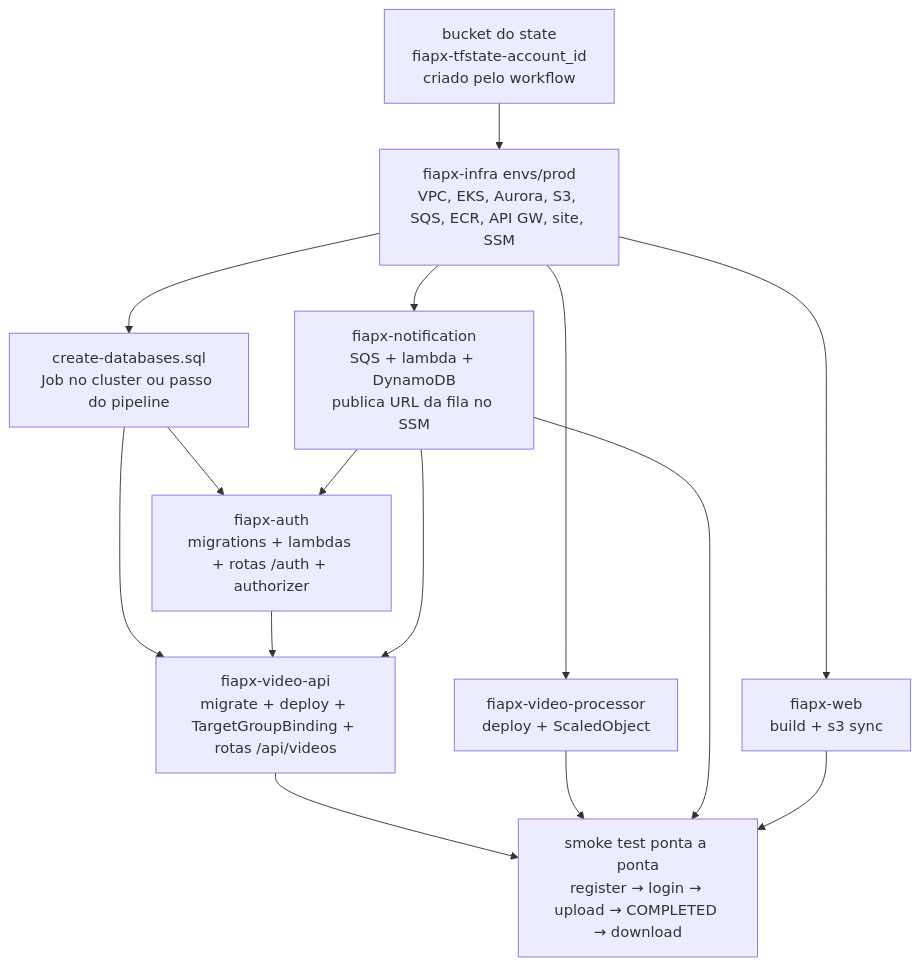
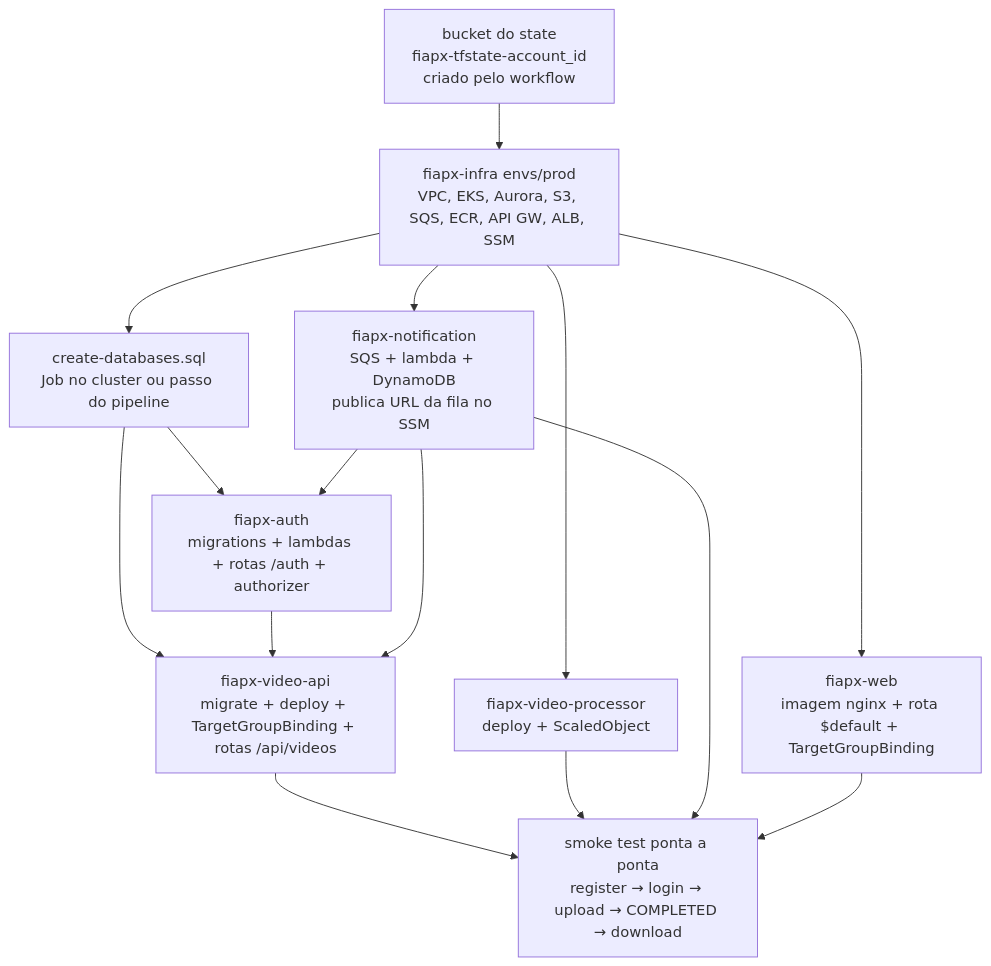
Before and after one commit to hackathon-fiap-soat/fiapx-docs: the fifth of 5 diagrams in 00-especificacao/Projeto-hackton.md, drawn with Mermaid. The commit also changed other lines of this file and 35 other files, not shown here.

First line of the commit message:
docs: ADR-019 revisado após o primeiro apply (Aurora db.t3.medium e site no EKS) (#15)

````diff
--- a/00-especificacao/Projeto-hackton.md
+++ b/00-especificacao/Projeto-hackton.md
@@ -951,17 +961,17 @@
 ```mermaid
 flowchart TD
-  B[bucket do state<br/>fiapx-tfstate-account_id<br/>criado pelo workflow] --> I[fiapx-infra envs/prod<br/>VPC, EKS, Aurora, S3, SQS, ECR, API GW, site, SSM]
+  B[bucket do state<br/>fiapx-tfstate-account_id<br/>criado pelo workflow] --> I[fiapx-infra envs/prod<br/>VPC, EKS, Aurora, S3, SQS, ECR, API GW, ALB, SSM]
   I --> SQL[create-databases.sql<br/>Job no cluster ou passo do pipeline]
   SQL --> AUTH[fiapx-auth<br/>migrations + lambdas + rotas /auth + authorizer]
   SQL --> API[fiapx-video-api<br/>migrate + deploy + TargetGroupBinding + rotas /api/videos]
   AUTH --> API
   I --> PROC[fiapx-video-processor<br/>deploy + ScaledObject]
   I --> NOTIF[fiapx-notification<br/>SQS + lambda + DynamoDB<br/>publica URL da fila no SSM]
   NOTIF --> API
   NOTIF --> AUTH
-  I --> WEB[fiapx-web<br/>build + s3 sync]
+  I --> WEB[fiapx-web<br/>imagem nginx + rota $default + TargetGroupBinding]
   API --> E2E[smoke test ponta a ponta<br/>register → login → upload → COMPLETED → download]
   PROC --> E2E
   NOTIF --> E2E
   WEB --> E2E
 ```
````
